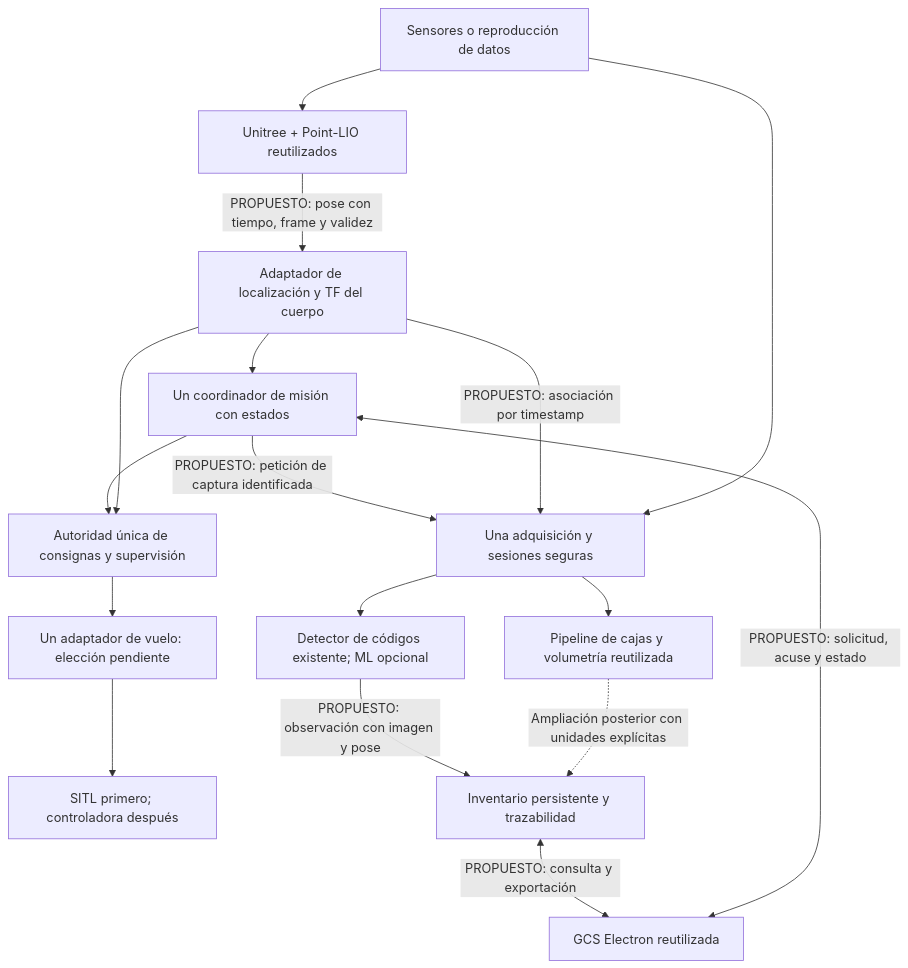
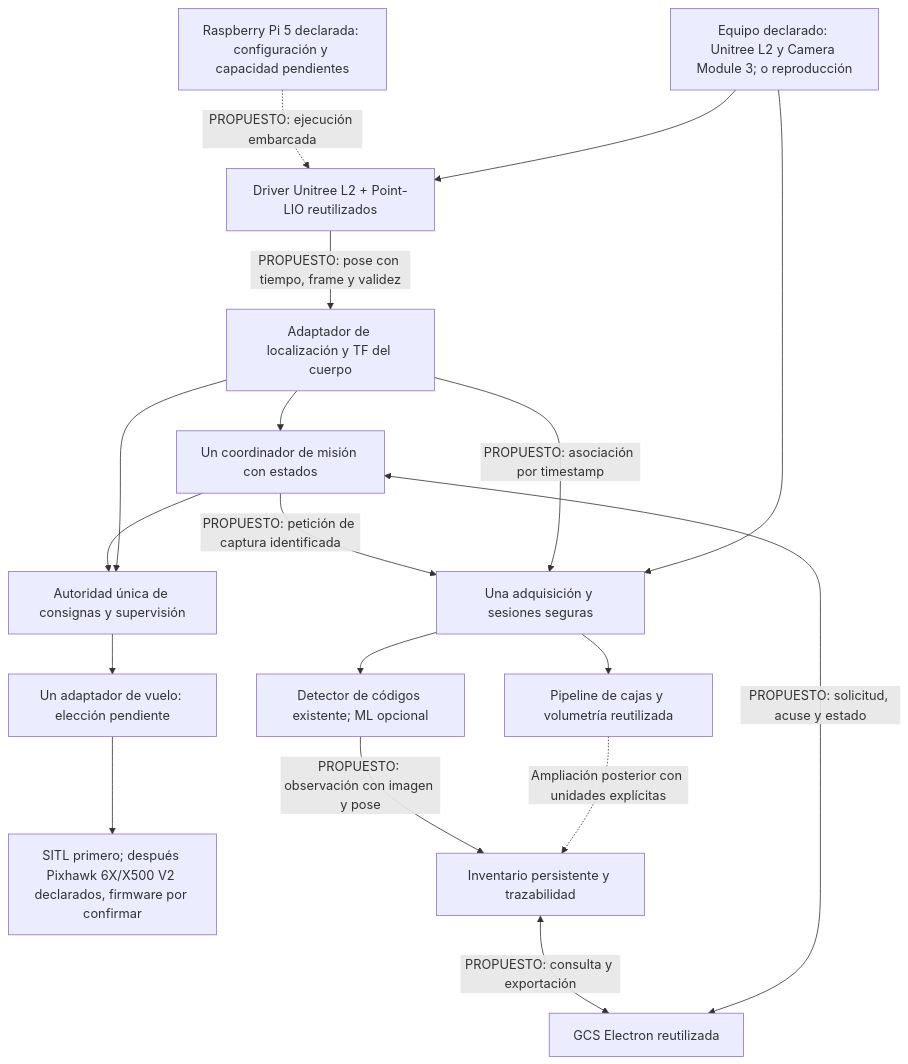
Before and after one commit to clarajorba/PAE-EDISA-2026: the second of 2 diagrams in docs/EDISA_revision_actual/02_Arquitectura_y_Decisiones.md, drawn with Mermaid. The commit also changed other lines of this file and 6 other files, not shown here.

````diff
--- a/docs/EDISA_revision_actual/02_Arquitectura_y_Decisiones.md
+++ b/docs/EDISA_revision_actual/02_Arquitectura_y_Decisiones.md
@@ -72,19 +79,20 @@
 ```mermaid
 flowchart TD
-    S["Sensores o reproducción de datos"] --> L["Unitree + Point-LIO reutilizados"]
+    PI["Raspberry Pi 5 declarada: configuración y capacidad pendientes"] -.->|"PROPUESTO: ejecución embarcada"| L
+    S["Equipo declarado: Unitree L2 y Camera Module 3; o reproducción"] --> L["Driver Unitree L2 + Point-LIO reutilizados"]
     L -->|"PROPUESTO: pose con tiempo, frame y validez"| P["Adaptador de localización y TF del cuerpo"]
     P --> N["Un coordinador de misión con estados"]
     G["GCS Electron reutilizada"] <-->|"PROPUESTO: solicitud, acuse y estado"| N
     N --> A["Autoridad única de consignas y supervisión"]
     P --> A
     A --> F["Un adaptador de vuelo: elección pendiente"]
-    F --> FC["SITL primero; controladora después"]
+    F --> FC["SITL primero; después Pixhawk 6X/X500 V2 declarados, firmware por confirmar"]
     N -->|"PROPUESTO: petición de captura identificada"| C["Una adquisición y sesiones seguras"]
     P -->|"PROPUESTO: asociación por timestamp"| C
     S --> C
     C --> V["Detector de códigos existente; ML opcional"]
     V -->|"PROPUESTO: observación con imagen y pose"| I["Inventario persistente y trazabilidad"]
     I <-->|"PROPUESTO: consulta y exportación"| G
     W["Pipeline de cajas y volumetría reutilizada"] -.->|"Ampliación posterior con unidades explícitas"| I
     C --> W
 ```
````
